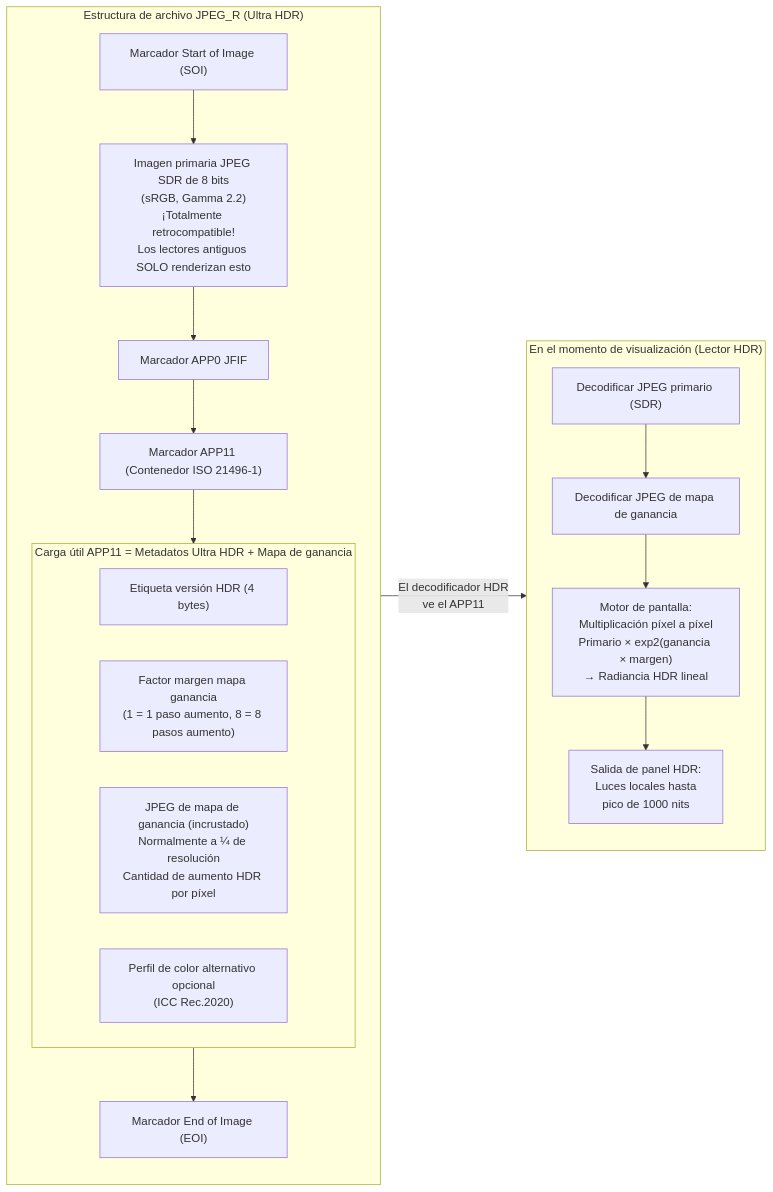
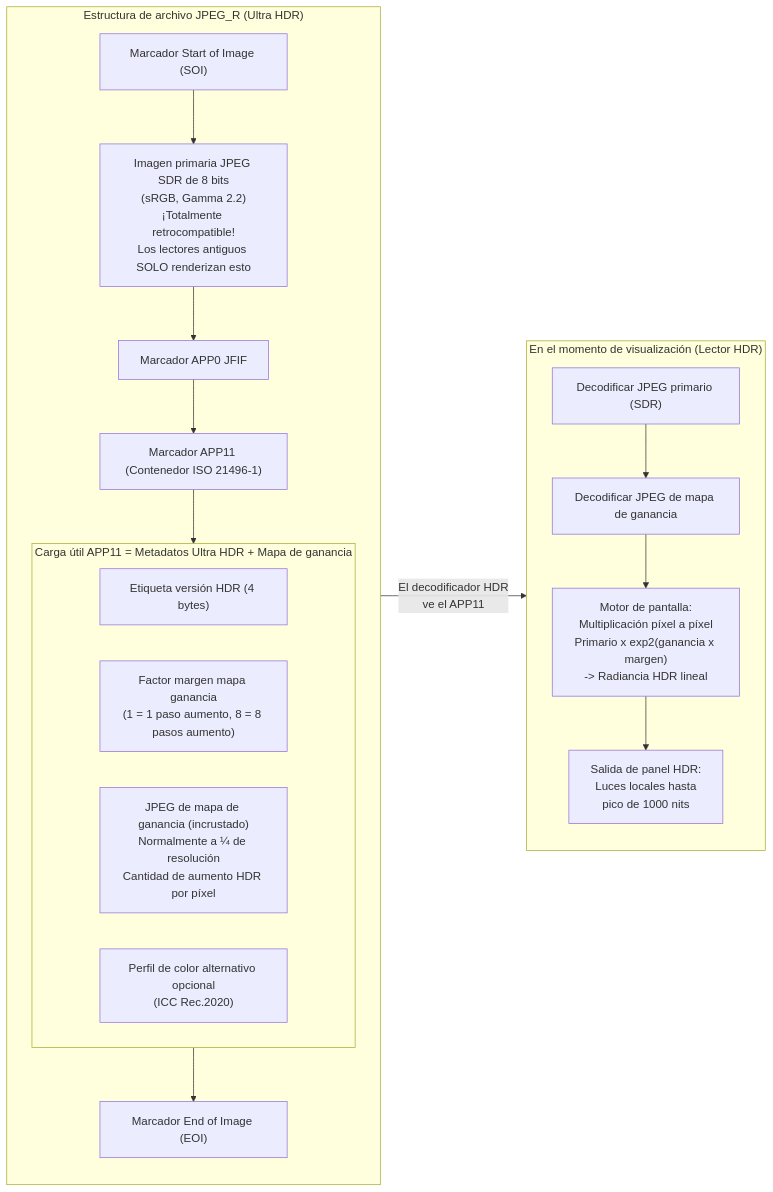
One commit to zoozooll/AndroidCameraParameters changed the second of 2 diagrams in website/i18n/es/docusaurus-plugin-content-docs/current/camera2/hdr-and-ultra-hdr.md. Above: the diagram before and after it, drawn with Mermaid. The commit also changed other lines of this file and 77 other files, not shown here.

First line of the commit message:
docs: standardize Mermaid syntax and polish 3A pipeline translations

````diff
--- a/website/i18n/es/docusaurus-plugin-content-docs/current/camera2/hdr-and-ultra-hdr.md
+++ b/website/i18n/es/docusaurus-plugin-content-docs/current/camera2/hdr-and-ultra-hdr.md
@@ -198,25 +198,25 @@
 ```mermaid
 flowchart LR
     subgraph FILE["Estructura de archivo JPEG_R (Ultra HDR)"]
         direction TB
         SOI["Marcador Start of Image (SOI)"] --> PRIMARY["Imagen primaria JPEG SDR de 8 bits<br/>(sRGB, Gamma 2.2)<br/>¡Totalmente retrocompatible!<br/>Los lectores antiguos SOLO renderizan esto"]
         PRIMARY --> APP0["Marcador APP0 JFIF"]
         APP0 --> APP11["Marcador APP11 (Contenedor ISO 21496-1)"]
         subgraph GAINMAP["Carga útil APP11 = Metadatos Ultra HDR + Mapa de ganancia"]
             GM1["Etiqueta versión HDR (4 bytes)"]
             GM2["Factor margen mapa ganancia<br/>(1 = 1 paso aumento, 8 = 8 pasos aumento)"]
             GM3["JPEG de mapa de ganancia (incrustado)<br/>Normalmente a ¼ de resolución<br/>Cantidad de aumento HDR por píxel"]
             GM4["Perfil de color alternativo opcional<br/>(ICC Rec.2020)"]
         end
         APP11 --> GAINMAP
         GAINMAP --> EOI["Marcador End of Image (EOI)"]
     end
 
     subgraph RENDER["En el momento de visualización (Lector HDR)"]
         R1["Decodificar JPEG primario (SDR)"] --> R2["Decodificar JPEG de mapa de ganancia"]
-        R2 --> R3["Motor de pantalla:<br/>Multiplicación píxel a píxel<br/>Primario × exp2(ganancia × margen)<br/>→ Radiancia HDR lineal"]
+        R2 --> R3["Motor de pantalla:<br/>Multiplicación píxel a píxel<br/>Primario x exp2(ganancia x margen)<br/>-> Radiancia HDR lineal"]
         R3 --> R4["Salida de panel HDR:<br/>Luces locales hasta<br/>pico de 1000 nits"]
     end
 
     FILE -->|"El decodificador HDR<br/>ve el APP11"| RENDER
 ```
````
